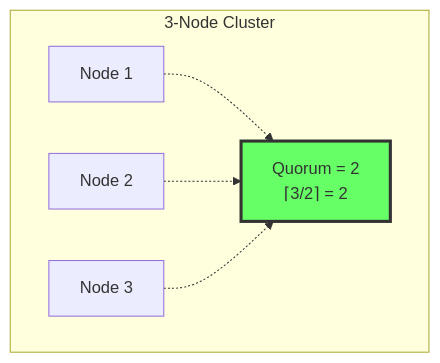
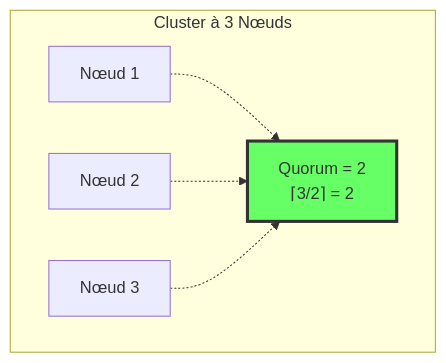
Before and after one commit to dardourimohamed/distributed-systems-course: the sixth of 7 diagrams in src/data-store/07-consistency.md, drawn with Mermaid. The commit also changed other lines of this file and 38 other files, not shown here.

````diff
--- a/src/data-store/07-consistency.md
+++ b/src/data-store/07-consistency.md
@@ -172,16 +172,16 @@
 ```mermaid
 graph TB
-    subgraph "3-Node Cluster"
-        N1[Node 1]
-        N2[Node 2]
-        N3[Node 3]
+    subgraph "Cluster à 3 Nœuds"
+        N1[Nœud 1]
+        N2[Nœud 2]
+        N3[Nœud 3]
 
         Q[Quorum = 2<br/>⌈3/2⌉ = 2]
     end
 
     N1 -.-> Q
     N2 -.-> Q
     N3 -.-> Q
 
     style Q fill:#6f6,stroke:#333,stroke-width:3px
 ```
````
